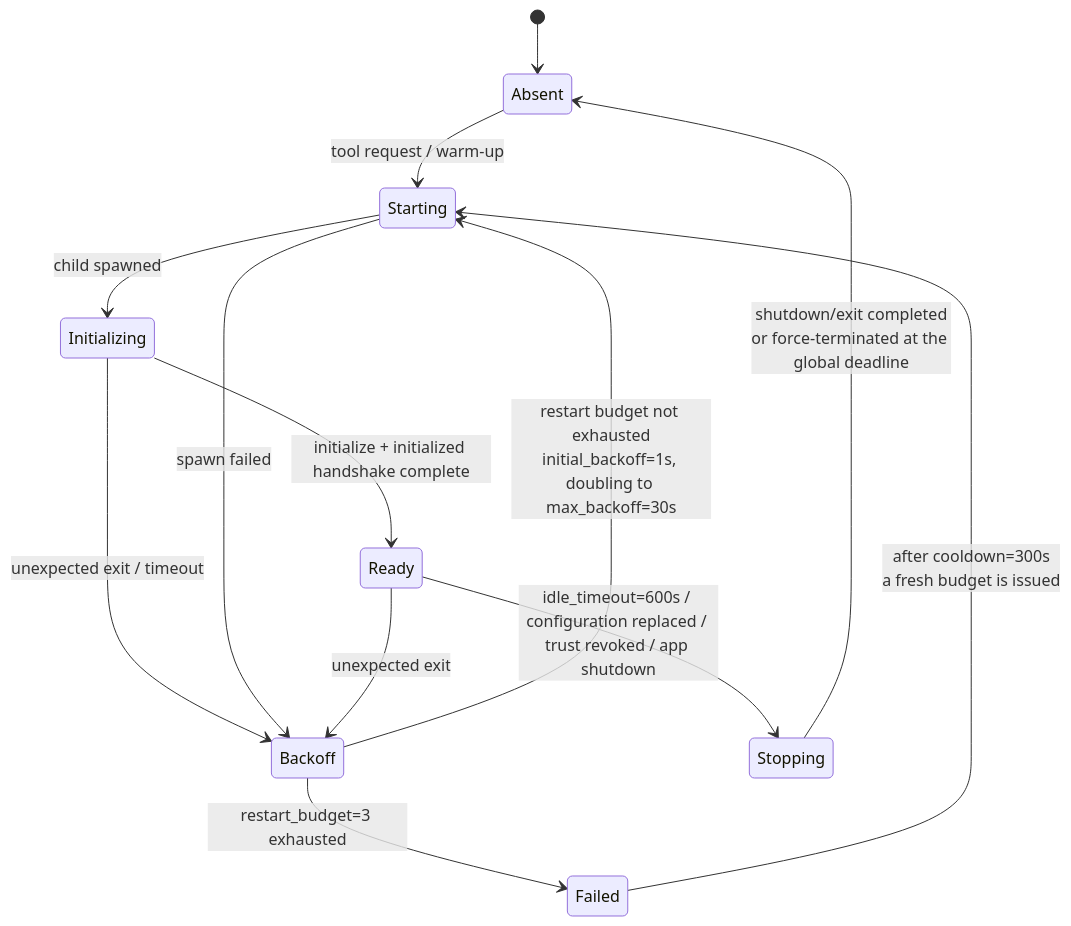
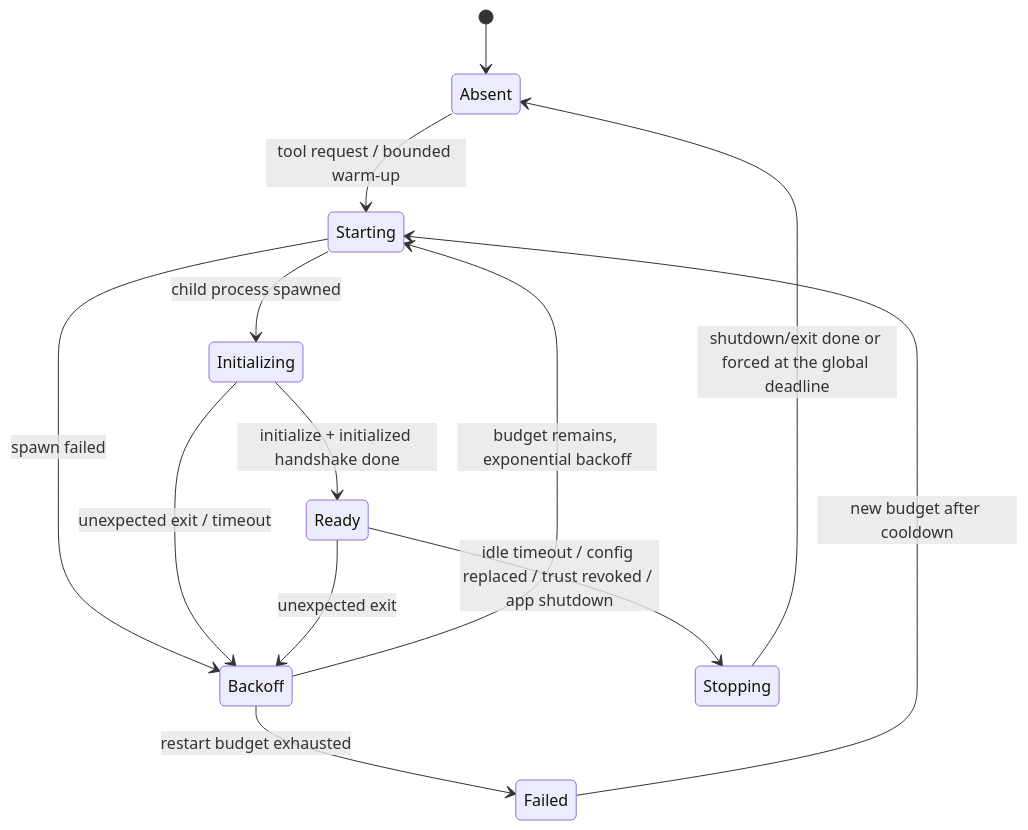
One commit to cdavid817/vanehub-ai changed the diagram in docs/developer-guide/src/lsp-code-intelligence.md. Above: the diagram before and after it, drawn with Mermaid. The commit also changed other lines of this file and 80 other files, not shown here.

````diff
--- a/docs/developer-guide/src/lsp-code-intelligence.md
+++ b/docs/developer-guide/src/lsp-code-intelligence.md
@@ -216,15 +66,15 @@
 ```mermaid
 stateDiagram-v2
     [*] --> Absent
-    Absent --> Starting: tool request / warm-up
-    Starting --> Initializing: child spawned
-    Initializing --> Ready: initialize + initialized handshake complete
+    Absent --> Starting: tool request / bounded warm-up
+    Starting --> Initializing: child process spawned
+    Initializing --> Ready: initialize + initialized handshake done
+    Starting --> Backoff: spawn failed
     Initializing --> Backoff: unexpected exit / timeout
-    Starting --> Backoff: spawn failed
-    Ready --> Stopping: idle_timeout=600s / configuration replaced / trust revoked / app shutdown
-    Backoff --> Starting: restart budget not exhausted<br/>initial_backoff=1s, doubling to max_backoff=30s
-    Backoff --> Failed: restart_budget=3 exhausted
-    Failed --> Starting: after cooldown=300s<br/>a fresh budget is issued
-    Stopping --> Absent: shutdown/exit completed<br/>or force-terminated at the global deadline
     Ready --> Backoff: unexpected exit
+    Backoff --> Starting: budget remains, exponential backoff
+    Backoff --> Failed: restart budget exhausted
+    Failed --> Starting: new budget after cooldown
+    Ready --> Stopping: idle timeout / config replaced / trust revoked / app shutdown
+    Stopping --> Absent: shutdown/exit done or forced at the global deadline
 ```
````
